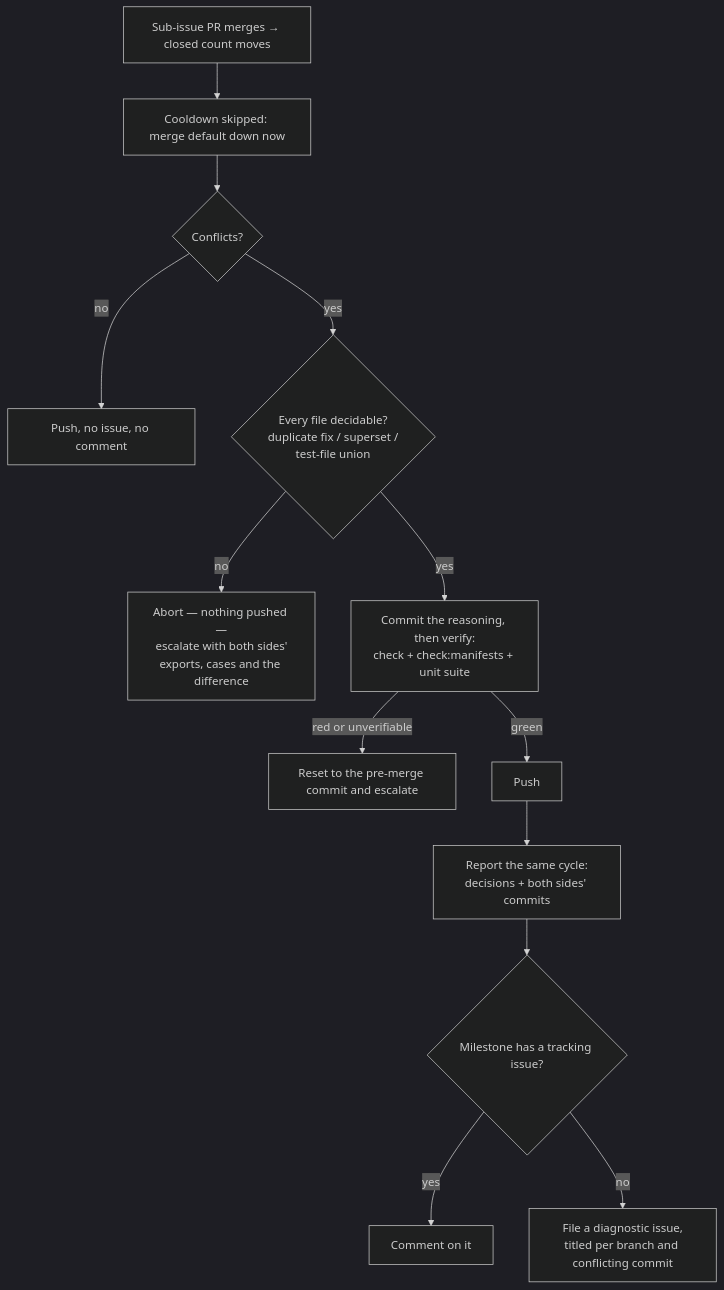
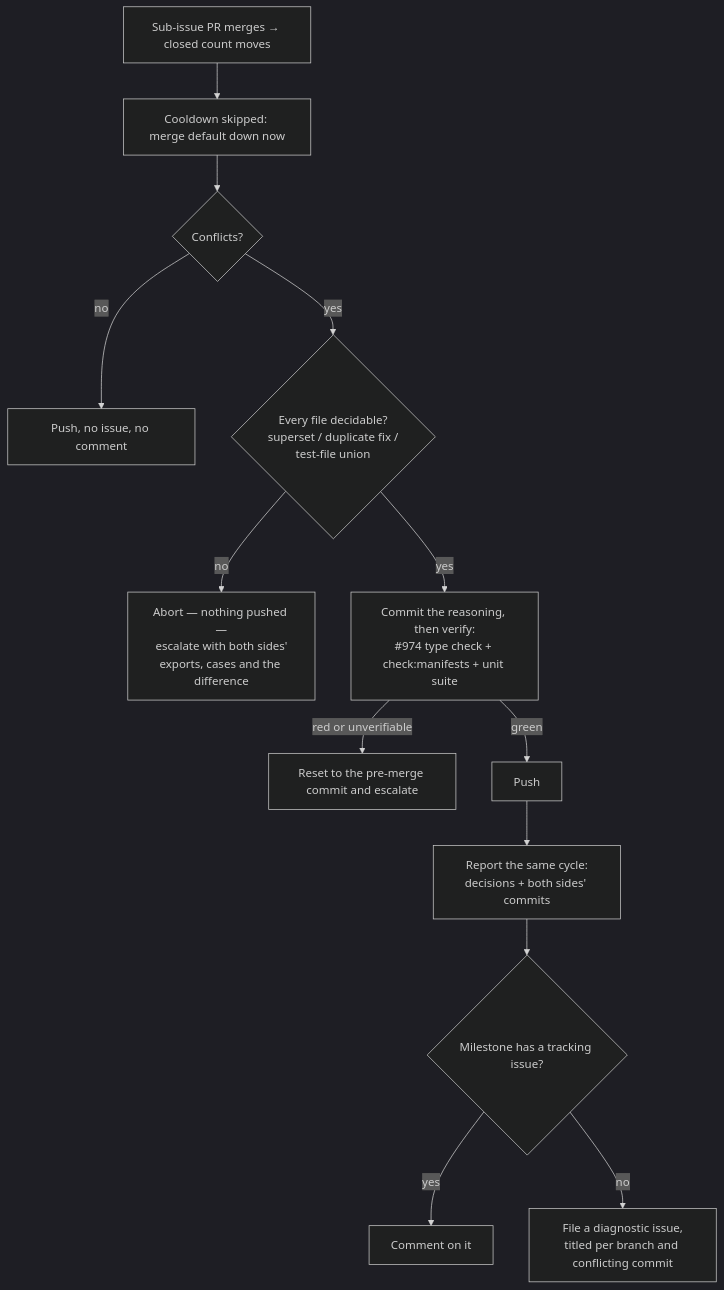
One commit to stSoftwareAU/VibeCoder changed diagram 25 of 27 in docs/INTERNALS.md. Above: the diagram before and after it, drawn with Mermaid (dark theme). The commit also changed other lines of this file and 18 other files, not shown here.

````diff
--- a/docs/INTERNALS.md
+++ b/docs/INTERNALS.md
@@ -2985,15 +2996,15 @@
 ```mermaid
 flowchart TD
     A[Sub-issue PR merges → closed count moves] --> B[Cooldown skipped: merge default down now]
     B --> C{Conflicts?}
     C -- no --> D[Push, no issue, no comment]
-    C -- yes --> T{"Every file decidable?<br/>duplicate fix / superset /<br/>test-file union"}
+    C -- yes --> T{"Every file decidable?<br/>superset / duplicate fix /<br/>test-file union"}
     T -- no --> X["Abort — nothing pushed —<br/>escalate with both sides'<br/>exports, cases and the difference"]
-    T -- yes --> V["Commit the reasoning, then verify:<br/>check + check:manifests + unit suite"]
+    T -- yes --> V["Commit the reasoning, then verify:<br/>#974 type check + check:manifests + unit suite"]
     V -- red or unverifiable --> R[Reset to the pre-merge commit and escalate]
     V -- green --> P[Push]
     P --> F["Report the same cycle:<br/>decisions + both sides' commits"]
     F --> G{Milestone has a tracking issue?}
     G -- yes --> H[Comment on it]
     G -- no --> I["File a diagnostic issue,<br/>titled per branch and conflicting commit"]
 ```
````
